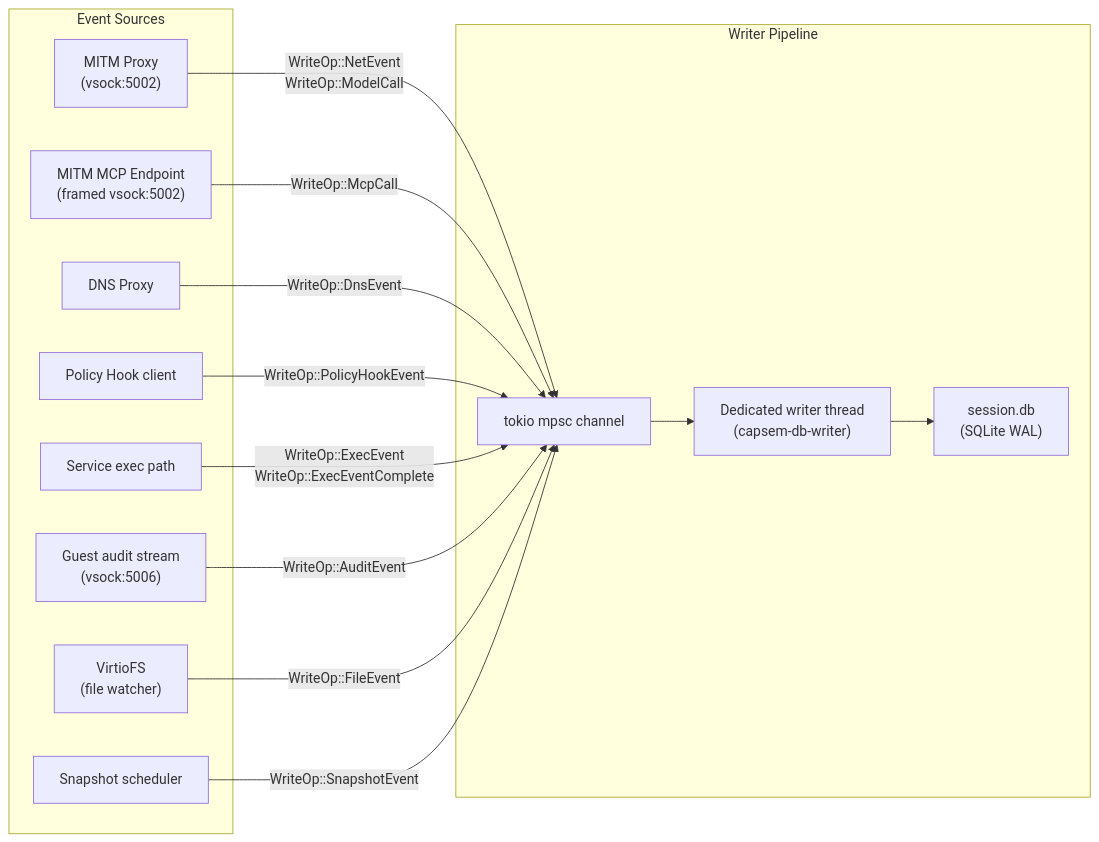
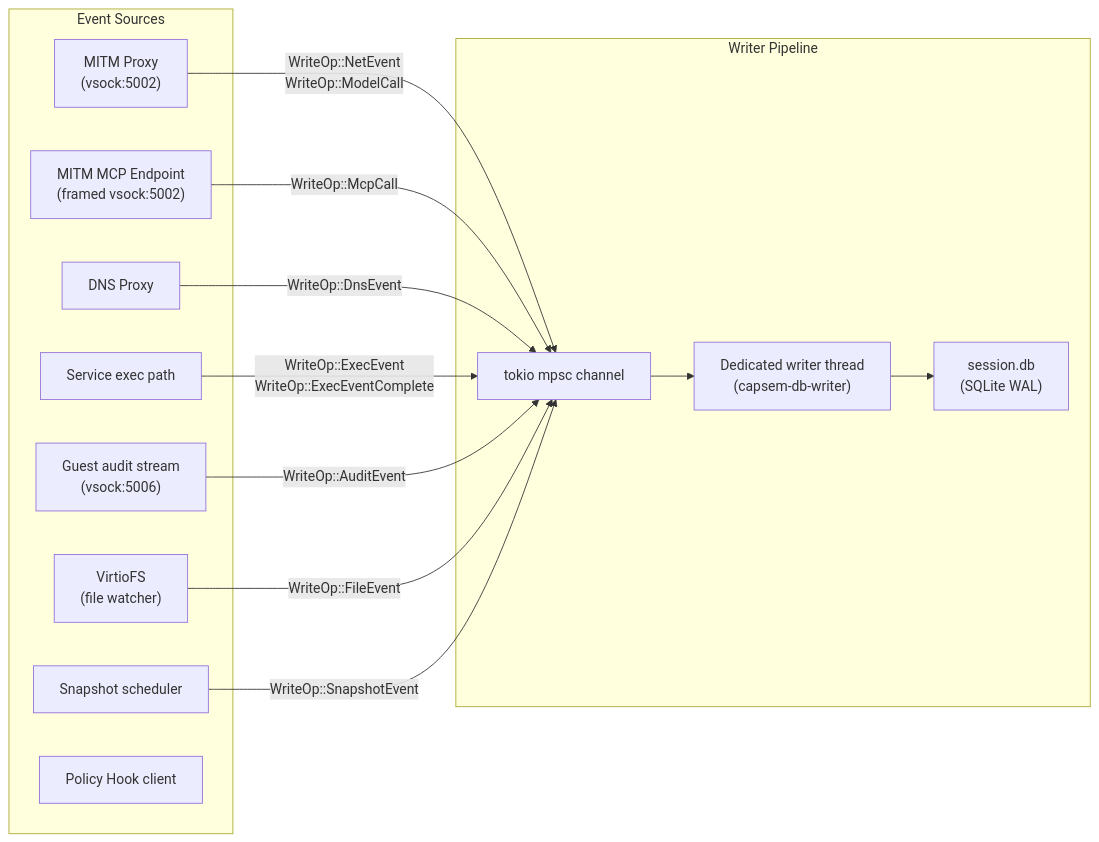
The second of 3 diagrams in docs/src/content/docs/architecture/session-telemetry.md (google/capsem), drawn with Mermaid before and after one commit. The commit also changed other lines of this file and 60 other files, not shown here.

````diff
--- a/docs/src/content/docs/architecture/session-telemetry.md
+++ b/docs/src/content/docs/architecture/session-telemetry.md
@@ -378,30 +344,29 @@
 ```mermaid
 graph LR
     subgraph "Event Sources"
         MITM["MITM Proxy<br/>(vsock:5002)"]
         MCP["MITM MCP Endpoint<br/>(framed vsock:5002)"]
         DNS["DNS Proxy"]
         EXEC["Service exec path"]
         AUDIT["Guest audit stream<br/>(vsock:5006)"]
         FS["VirtioFS<br/>(file watcher)"]
         SNAP["Snapshot scheduler"]
         HOOK["Policy Hook client"]
     end
 
     subgraph "Writer Pipeline"
         CH["tokio mpsc channel"]
         WT["Dedicated writer thread<br/>(capsem-db-writer)"]
         DB["session.db<br/>(SQLite WAL)"]
     end
 
     MITM -->|"WriteOp::NetEvent<br/>WriteOp::ModelCall"| CH
     MCP -->|"WriteOp::McpCall"| CH
     DNS -->|"WriteOp::DnsEvent"| CH
-    HOOK -->|"WriteOp::PolicyHookEvent"| CH
     EXEC -->|"WriteOp::ExecEvent<br/>WriteOp::ExecEventComplete"| CH
     AUDIT -->|"WriteOp::AuditEvent"| CH
     FS -->|"WriteOp::FileEvent"| CH
     SNAP -->|"WriteOp::SnapshotEvent"| CH
     CH --> WT
     WT --> DB
 ```
````
